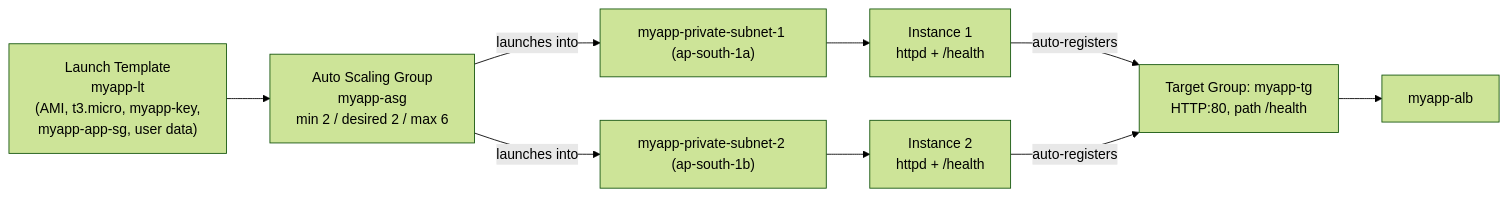
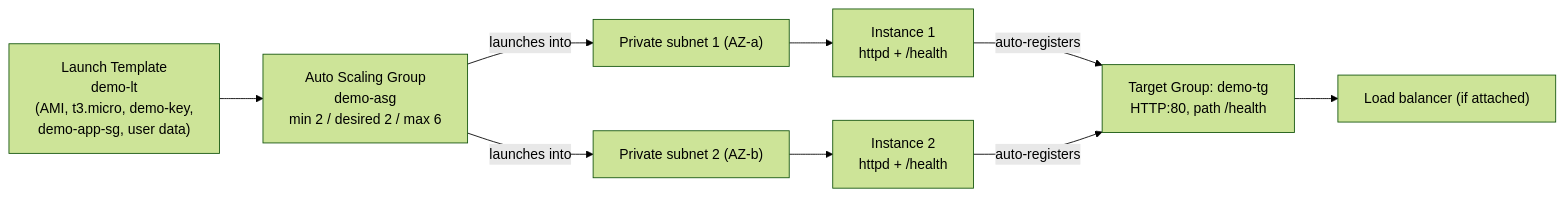
Before and after one commit to msdeepak052/AWS_Imp_Concepts: the diagram in EC2/ASG/02-Launch-Template-and-ASG-HandsOn.md, drawn with Mermaid (forest theme). The commit also changed other lines of this file and 66 other files, not shown here.

````diff
--- a/EC2/ASG/02-Launch-Template-and-ASG-HandsOn.md
+++ b/EC2/ASG/02-Launch-Template-and-ASG-HandsOn.md
@@ -108,11 +108,11 @@
 ```mermaid
 flowchart LR
-    LT["Launch Template<br/>myapp-lt<br/>(AMI, t3.micro, myapp-key,<br/>myapp-app-sg, user data)"] --> ASG["Auto Scaling Group<br/>myapp-asg<br/>min 2 / desired 2 / max 6"]
-    ASG -->|"launches into"| SUB1["myapp-private-subnet-1 (ap-south-1a)"]
-    ASG -->|"launches into"| SUB2["myapp-private-subnet-2 (ap-south-1b)"]
+    LT["Launch Template<br/>demo-lt<br/>(AMI, t3.micro, demo-key,<br/>demo-app-sg, user data)"] --> ASG["Auto Scaling Group<br/>demo-asg<br/>min 2 / desired 2 / max 6"]
+    ASG -->|"launches into"| SUB1["Private subnet 1 (AZ-a)"]
+    ASG -->|"launches into"| SUB2["Private subnet 2 (AZ-b)"]
     SUB1 --> I1["Instance 1<br/>httpd + /health"]
     SUB2 --> I2["Instance 2<br/>httpd + /health"]
-    I1 -->|"auto-registers"| TG["Target Group: myapp-tg<br/>HTTP:80, path /health"]
+    I1 -->|"auto-registers"| TG["Target Group: demo-tg<br/>HTTP:80, path /health"]
     I2 -->|"auto-registers"| TG
-    TG --> ALB["myapp-alb"]
+    TG --> ALB["Load balancer (if attached)"]
 ```
````
